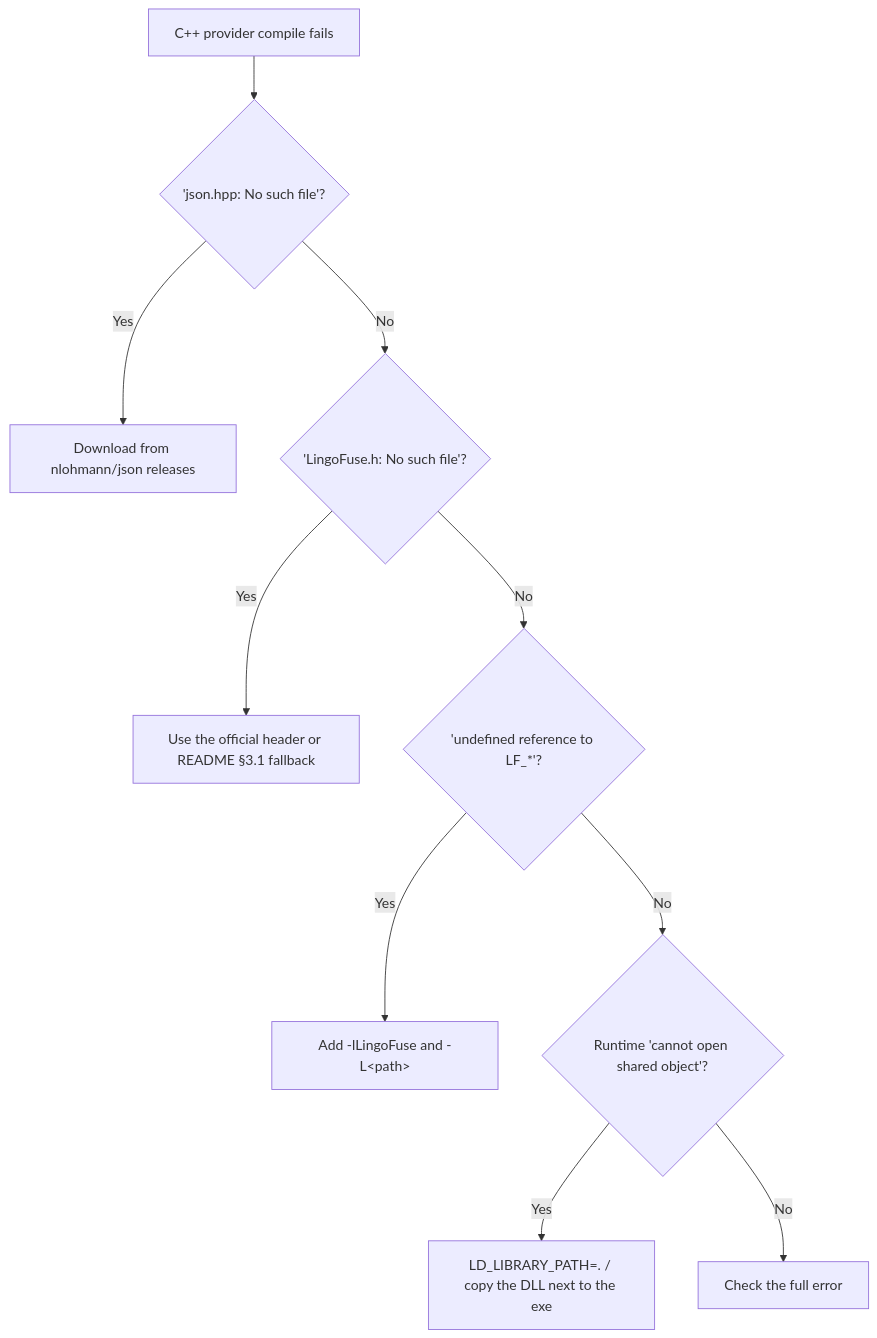
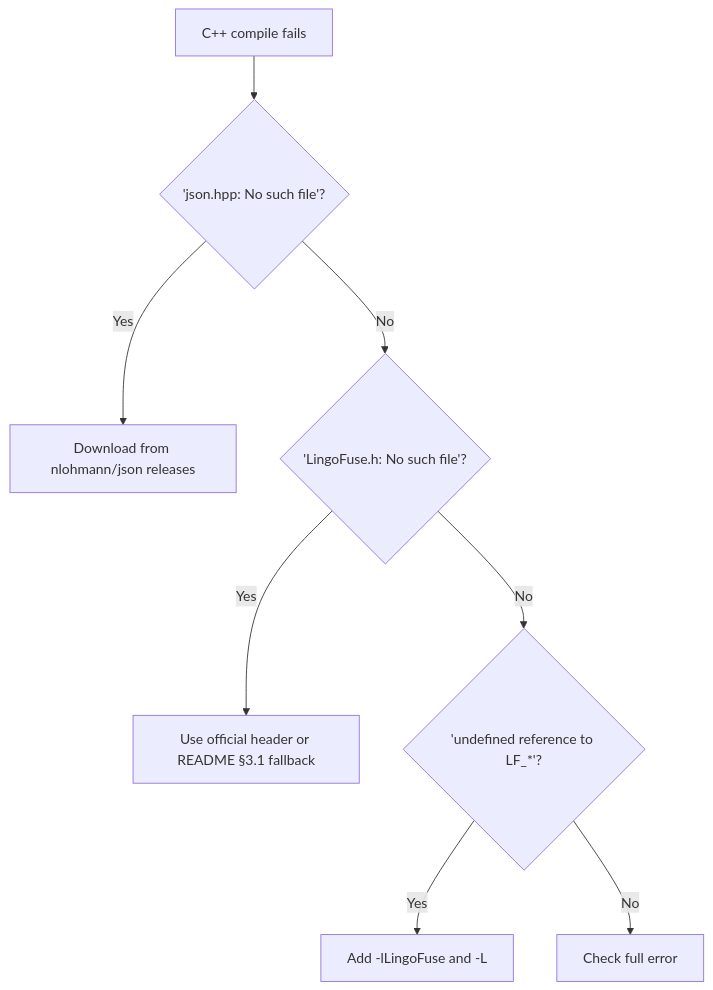
Diagram 54 of 55 in src/pascal_c_to_mcp/code_decl_to_mcp_knowledge_base.md (PassByYou888/LingoFuse-Tools), drawn with Mermaid before and after one commit. The commit also changed other lines of this file, not shown here.

````diff
--- a/src/pascal_c_to_mcp/code_decl_to_mcp_knowledge_base.md
+++ b/src/pascal_c_to_mcp/code_decl_to_mcp_knowledge_base.md
@@ -1670,12 +2463,10 @@
 ```mermaid
 flowchart TD
-    START["C++ provider compile fails"] --> Q1{"'json.hpp: No such file'?"}
+    Start["C++ compile fails"] --> Q1{"'json.hpp: No such file'?"}
     Q1 -- Yes --> A1["Download from nlohmann/json releases"]
     Q1 -- No --> Q2{"'LingoFuse.h: No such file'?"}
-    Q2 -- Yes --> A2["Use the official header or README §3.1 fallback"]
+    Q2 -- Yes --> A2["Use official header or README §3.1 fallback"]
     Q2 -- No --> Q3{"'undefined reference to LF_*'?"}
-    Q3 -- Yes --> A3["Add -lLingoFuse and -L&lt;path&gt;"]
-    Q3 -- No --> Q4{"Runtime 'cannot open shared object'?"}
-    Q4 -- Yes --> A4["LD_LIBRARY_PATH=. / copy the DLL next to the exe"]
-    Q4 -- No --> Q5["Check the full error"]
+    Q3 -- Yes --> A3["Add -lLingoFuse and -L<path>"]
+    Q3 -- No --> A4["Check full error"]
 ```
````
